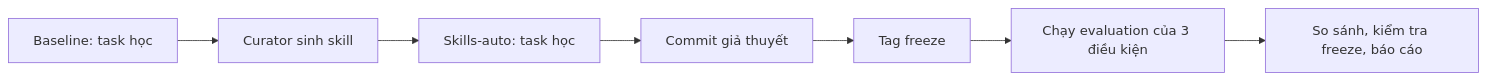
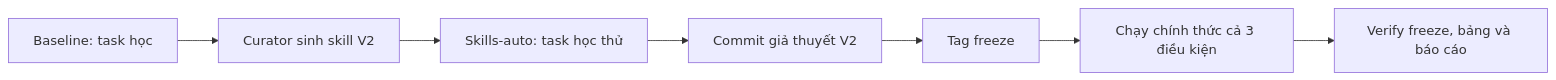
One commit to ilkhangnd/K4-DAY20-MULTIAGENTS-NguyenDinhKhang-2A202602584 changed the diagram in report/REPORT.md. Above: the diagram before and after it, drawn with Mermaid. The commit also changed other lines of this file and 38 other files, not shown here.

````diff
--- a/report/REPORT.md
+++ b/report/REPORT.md
@@ -16,9 +14,9 @@
 ```mermaid
 flowchart LR
-    A[Baseline: task học] --> B[Curator sinh skill]
-    B --> C[Skills-auto: task học]
-    C --> D[Commit giả thuyết]
+    A[Baseline: task học] --> B[Curator sinh skill V2]
+    B --> C[Skills-auto: task học thử]
+    C --> D[Commit giả thuyết V2]
     D --> E[Tag freeze]
-    E --> F[Chạy evaluation của 3 điều kiện]
-    F --> G[So sánh, kiểm tra freeze, báo cáo]
+    E --> F[Chạy chính thức cả 3 điều kiện]
+    F --> G[Verify freeze, bảng và báo cáo]
 ```
````
